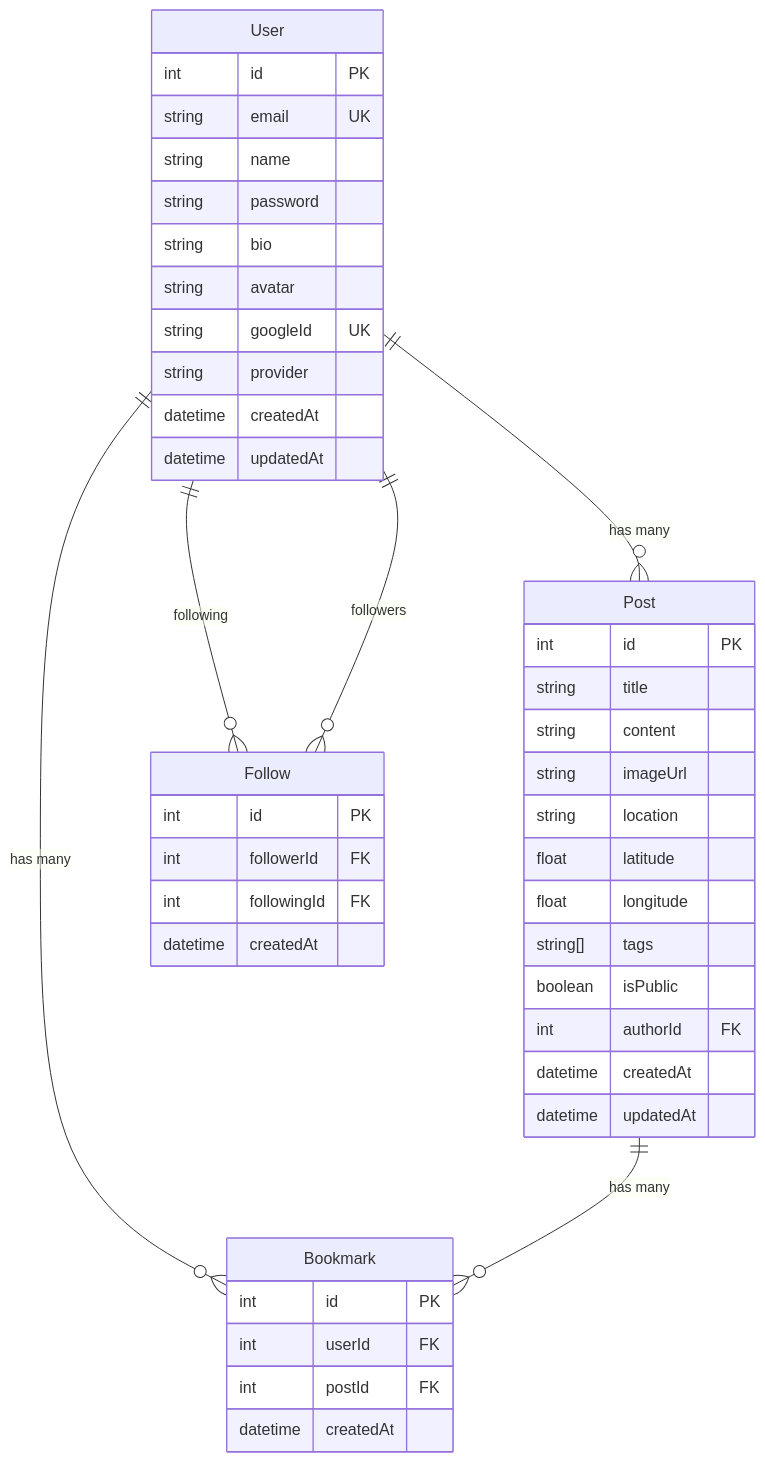
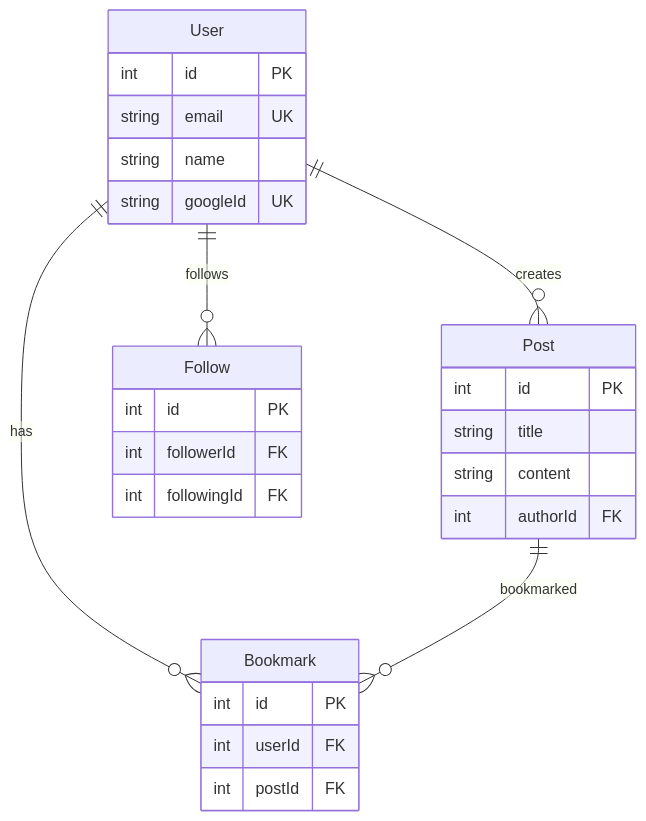
Before and after one commit to sugitayuuki/nokoroa: the first of 2 diagrams in README.md, drawn with Mermaid. The commit also changed other lines of this file, not shown here.

Commit message:
docs: Simplify ER diagram and add AWS colors to infrastructure diagram
- Reduce ER diagram fields to show only essential columns
- Add AWS official color scheme to infrastructure diagram nodes
  - Purple: Networking (Route53, ALB)
  - Red: Security (ACM, Secrets Manager)
  - Orange: Compute (ECS, ECR)
  - Blue: Database (RDS)
  - Green: Storage (S3)
  - Pink: Monitoring (CloudWatch)

🤖 Generated with [Claude Code](https://claude.com/claude-code)

````diff
--- a/README.md
+++ b/README.md
@@ -72,50 +72,33 @@
 ```mermaid
 erDiagram
+    User ||--o{ Post : creates
+    User ||--o{ Bookmark : has
+    User ||--o{ Follow : follows
+    Post ||--o{ Bookmark : bookmarked
+
     User {
         int id PK
         string email UK
         string name
-        string password
-        string bio
-        string avatar
         string googleId UK
-        string provider
-        datetime createdAt
-        datetime updatedAt
     }
 
     Post {
         int id PK
         string title
         string content
-        string imageUrl
-        string location
-        float latitude
-        float longitude
-        string[] tags
-        boolean isPublic
         int authorId FK
-        datetime createdAt
-        datetime updatedAt
     }
 
     Bookmark {
         int id PK
         int userId FK
         int postId FK
-        datetime createdAt
     }
 
     Follow {
         int id PK
         int followerId FK
         int followingId FK
-        datetime createdAt
     }
-
-    User ||--o{ Post : "has many"
-    User ||--o{ Bookmark : "has many"
-    Post ||--o{ Bookmark : "has many"
-    User ||--o{ Follow : "following"
-    User ||--o{ Follow : "followers"
 ```
````
